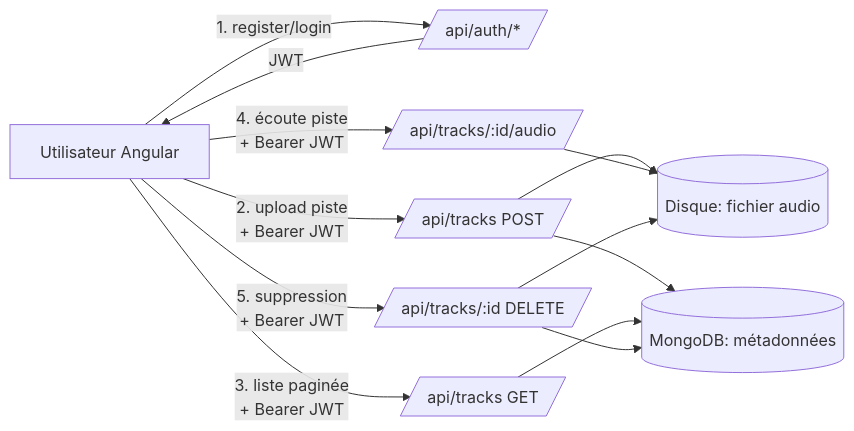
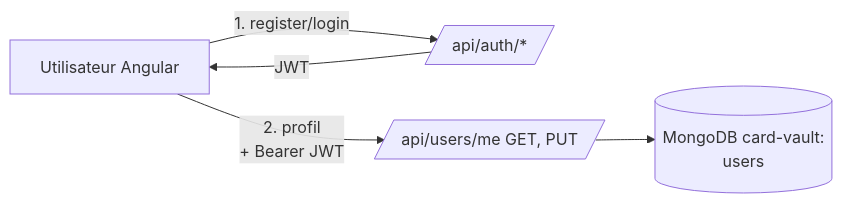
Before and after one commit to nini667-E/AngularM1_Miage_2026_2027_TP123: the seventh of 7 diagrams in backend/analyse.md, drawn with Mermaid. The commit also changed other lines of this file and 42 other files, not shown here.

First line of the commit message:
V2 étape 1 : retrait de l'audio, identité Card Vault, navigation

````diff
--- a/backend/analyse.md
+++ b/backend/analyse.md
@@ -374,15 +273,7 @@
 ```mermaid
 flowchart LR
     A[Utilisateur Angular] -->|1. register/login| B[/api/auth/*/]
     B -->|JWT| A
-    A -->|2. upload piste\n+ Bearer JWT| C[/api/tracks POST/]
-    C --> D[(Disque: fichier audio)]
-    C --> E[(MongoDB: métadonnées)]
-    A -->|3. liste paginée\n+ Bearer JWT| F[/api/tracks GET/]
-    F --> E
-    A -->|4. écoute piste\n+ Bearer JWT| G[/api/tracks/:id/audio/]
-    G --> D
-    A -->|5. suppression\n+ Bearer JWT| H[/api/tracks/:id DELETE/]
-    H --> D
-    H --> E
+    A -->|2. profil\n+ Bearer JWT| C[/api/users/me GET, PUT/]
+    C --> E[(MongoDB card-vault:\nusers)]
 ```
````
